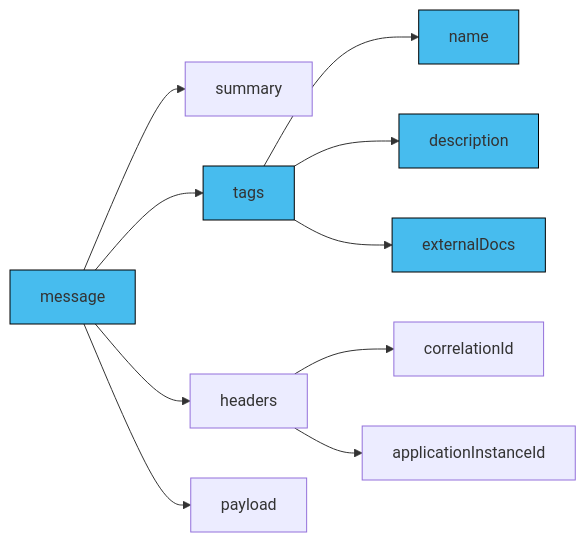
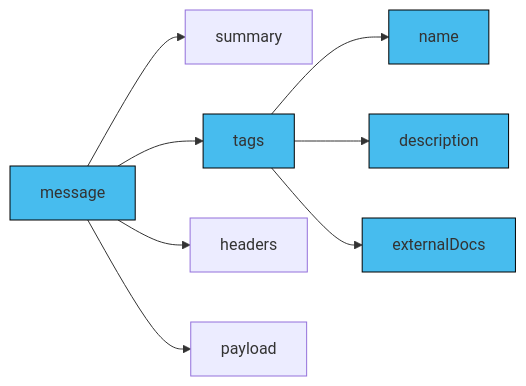
Before and after one commit to asyncapi/website: the fifth of 5 diagrams in pages/docs/concepts/asyncapi-document/tags.md, drawn with Mermaid. The commit also changed other lines of this file, not shown here.

````diff
--- a/pages/docs/concepts/asyncapi-document/tags.md
+++ b/pages/docs/concepts/asyncapi-document/tags.md
@@ -226,17 +225,15 @@
 ```mermaid
 graph LR
   A[message] --> B[summary]
   A --> C[tags]
   C --> D[name]
   C --> E[description]
   A --> F[headers]
-  F --> G[correlationId]
-  F --> H[applicationInstanceId]
   A --> I[payload]
   C --> Y[externalDocs]
   style A fill:#47BCEE,stroke:#000;
   style D fill:#47BCEE,stroke:#000;
   style C fill:#47BCEE,stroke:#000;
   style E fill:#47BCEE,stroke:#000;
   style Y fill:#47BCEE,stroke:#000;
 ```
````
